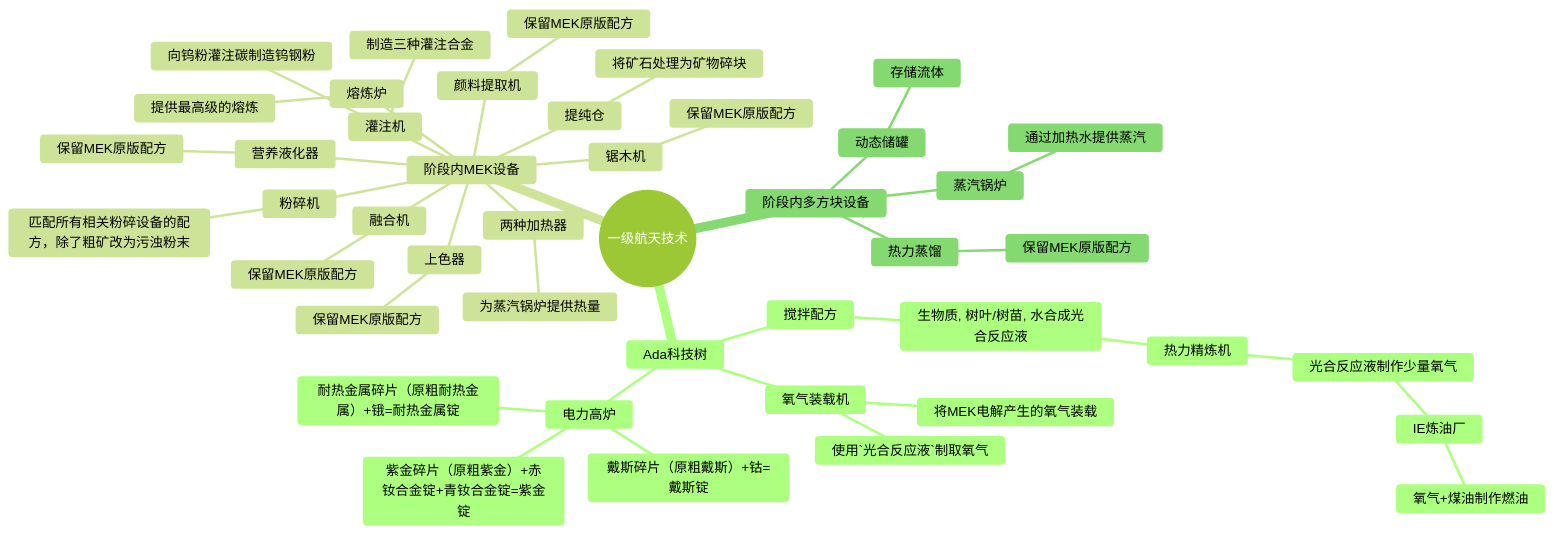
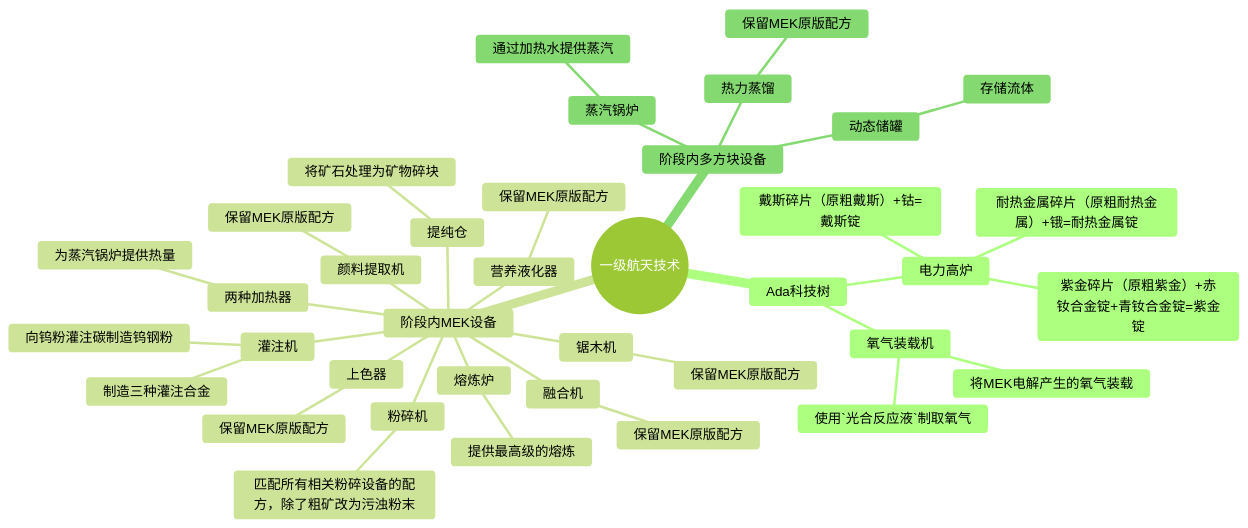
The second of 5 diagrams in Developer/TechTreeMap.md (VechniMetel/CodeNameCIM2), drawn with Mermaid (forest theme) before and after one commit. The commit also changed other lines of this file and 7 other files, not shown here.

````diff
--- a/Developer/TechTreeMap.md
+++ b/Developer/TechTreeMap.md
@@ -2,47 +13,41 @@
 ``` mermaid
 mindmap
     root((一级航天技术))
         Ada科技树
-            搅拌配方
-                生物质, 树叶/树苗, 水合成光合反应液
-                    热力精炼机
-                        光合反应液制作少量氧气
-                            IE炼油厂
-                                氧气+煤油制作燃油
             氧气装载机
                 使用`光合反应液`制取氧气
                 将MEK电解产生的氧气装载
             电力高炉
                 戴斯碎片（原粗戴斯）+钴=戴斯锭
                 紫金碎片（原粗紫金）+赤钕合金锭+青钕合金锭=紫金锭
                 耐热金属碎片（原粗耐热金属）+锇=耐热金属锭
         阶段内MEK设备
             提纯仓
                 将矿石处理为矿物碎块
             灌注机
                 向钨粉灌注碳制造钨钢粉
                 制造三种灌注合金
             熔炼炉
                 提供最高级的熔炼
             锯木机
                 保留MEK原版配方
             营养液化器
                 保留MEK原版配方
             粉碎机
                 匹配所有相关粉碎设备的配方，除了粗矿改为污浊粉末
             融合机
                 保留MEK原版配方
             颜料提取机
                 保留MEK原版配方
             上色器
                 保留MEK原版配方
             两种加热器
                 为蒸汽锅炉提供热量
         阶段内多方块设备
             蒸汽锅炉
                 通过加热水提供蒸汽
             动态储罐
                 存储流体
             热力蒸馏
                 保留MEK原版配方
 ```
````
